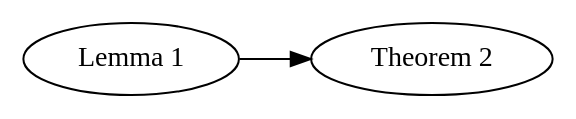
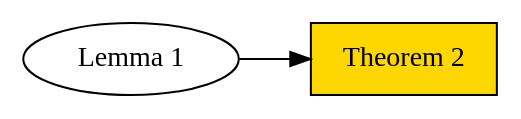
The diagram in examples/autorun/reference.dot (PierreSenellart/proofgraph), drawn with Graphviz before and after one commit. The commit also changed 5 other files, not shown here.

```diff
--- a/examples/autorun/reference.dot
+++ b/examples/autorun/reference.dot
@@ -1,6 +1,6 @@
 digraph proofgraph {
   rankdir="LR";
-  "n2" [label="Theorem 2"];
+  "n2" [label="Theorem 2", shape=box,style=filled,fillcolor="#ffd700"];
   "n1" [label="Lemma 1"];
   "n1" -> "n2";
 }
```
